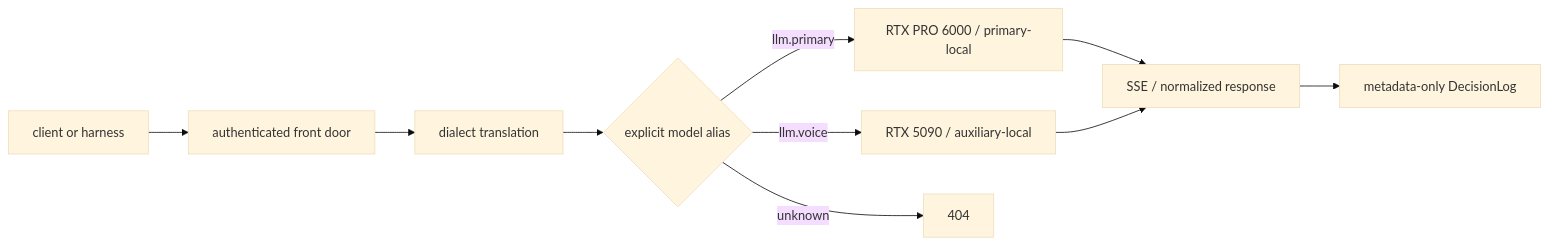
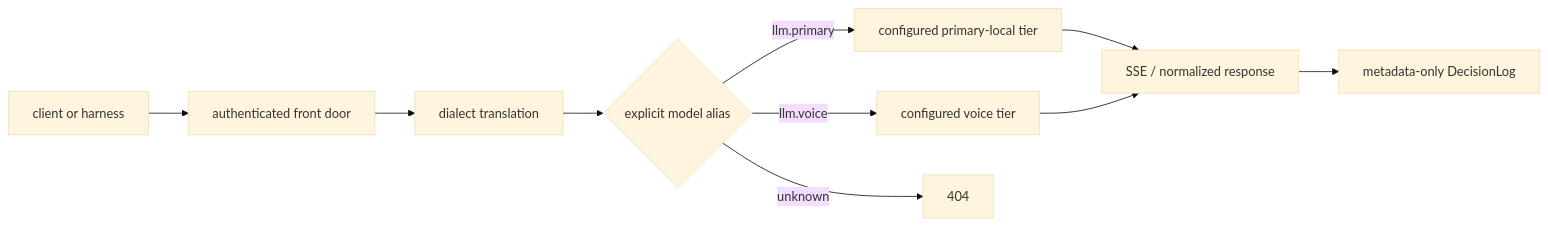
One commit to fakoli/anvil-serving changed the first of 4 diagrams in docs/ARCHITECTURE.md. Above: the diagram before and after it, drawn with Mermaid (base theme). The commit also changed other lines of this file and 19 other files, not shown here.

````diff
--- a/docs/ARCHITECTURE.md
+++ b/docs/ARCHITECTURE.md
@@ -7,12 +7,12 @@
 ```mermaid
 flowchart LR
     C["client or harness"] --> A["authenticated front door"]
     A --> D["dialect translation"]
     D --> R{"explicit model alias"}
-    R -->|"llm.primary"| H["RTX PRO 6000 / primary-local"]
-    R -->|"llm.voice"| F["RTX 5090 / auxiliary-local"]
+    R -->|"llm.primary"| H["configured primary-local tier"]
+    R -->|"llm.voice"| F["configured voice tier"]
     R -->|"unknown"| X["404"]
     H --> S["SSE / normalized response"]
     F --> S
     S --> L["metadata-only DecisionLog"]
 ```
````
